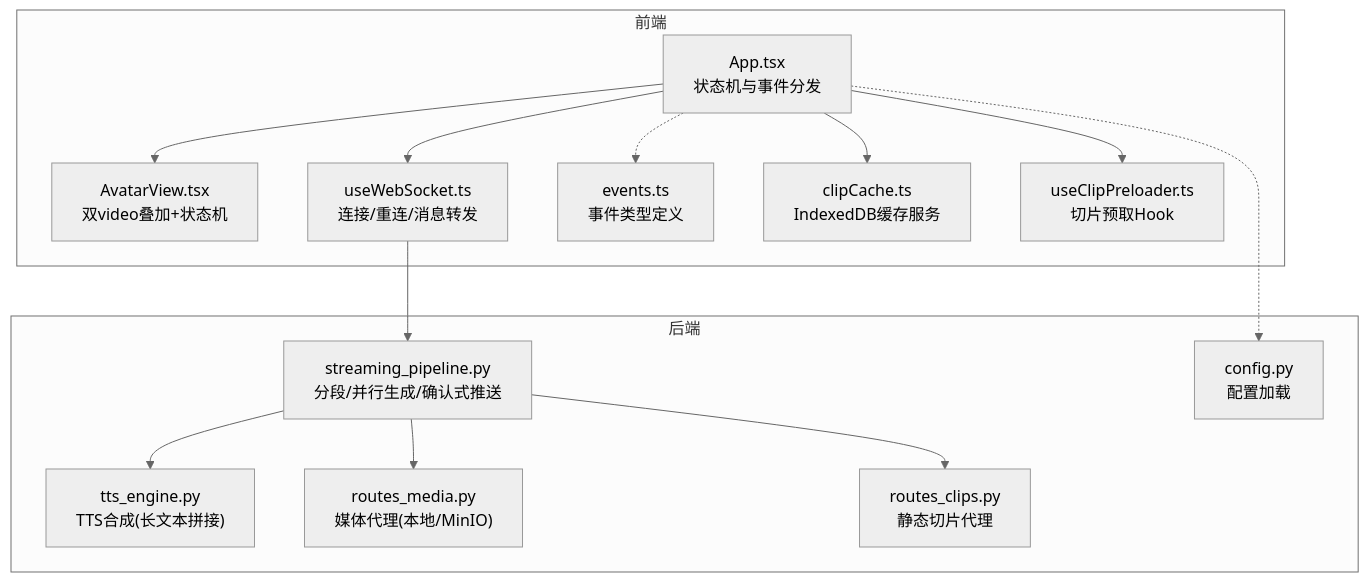
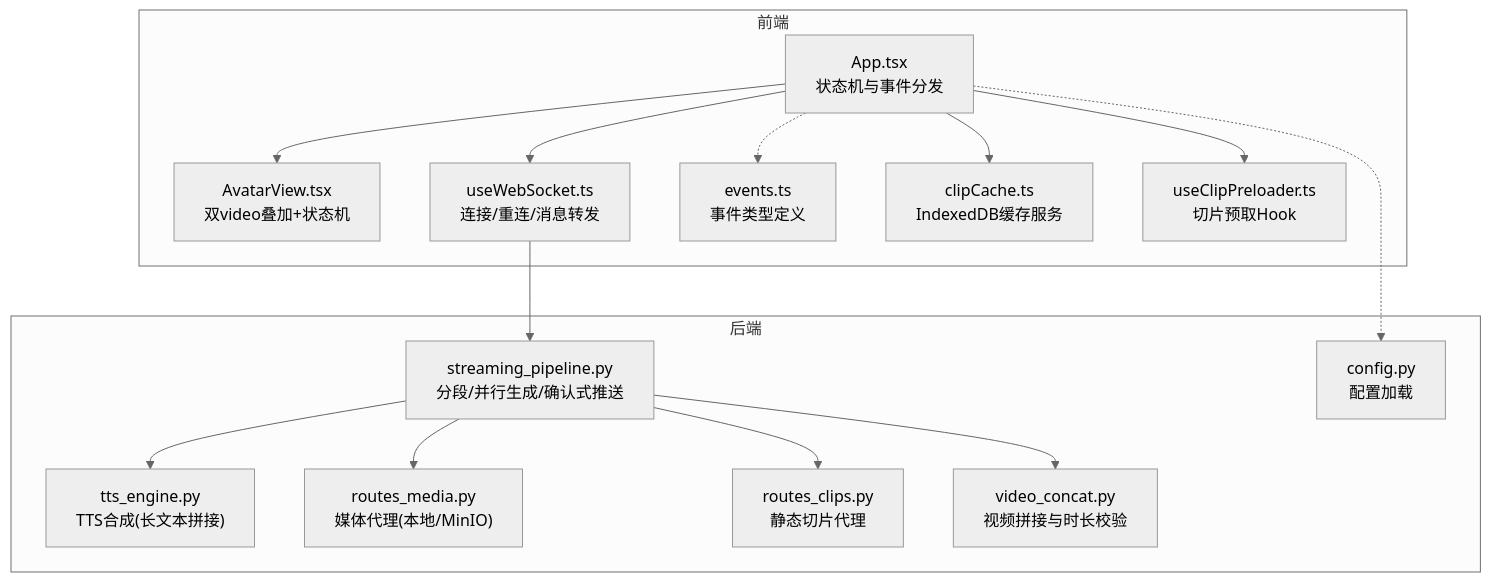
The first of 6 diagrams in .qoder/repowiki/zh/content/前端应用/虚拟形象系统.md (leo21cn/real-time-talk), drawn with Mermaid (neutral theme) before and after one commit. The commit also changed other lines of this file and 9 other files, not shown here.

````diff
--- a/.qoder/repowiki/zh/content/前端应用/虚拟形象系统.md
+++ b/.qoder/repowiki/zh/content/前端应用/虚拟形象系统.md
@@ -47,28 +52,30 @@
 ```mermaid
 graph TB
 subgraph "前端"
 A["App.tsx<br/>状态机与事件分发"]
 B["AvatarView.tsx<br/>双video叠加+状态机"]
 C["useWebSocket.ts<br/>连接/重连/消息转发"]
 D["events.ts<br/>事件类型定义"]
 E["clipCache.ts<br/>IndexedDB缓存服务"]
 F["useClipPreloader.ts<br/>切片预取Hook"]
 end
 subgraph "后端"
 G["streaming_pipeline.py<br/>分段/并行生成/确认式推送"]
 H["tts_engine.py<br/>TTS合成(长文本拼接)"]
 I["routes_media.py<br/>媒体代理(本地/MinIO)"]
 J["routes_clips.py<br/>静态切片代理"]
 K["config.py<br/>配置加载"]
+L["video_concat.py<br/>视频拼接与时长校验"]
 end
 A --> B
 A --> C
 A --> E
 A --> F
 C --> G
 G --> H
 G --> I
 G --> J
+G --> L
 A -.-> D
 A -.-> K
 ```
````
